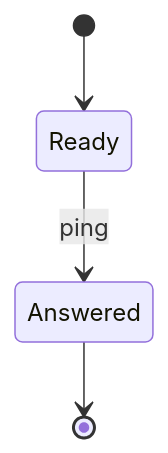
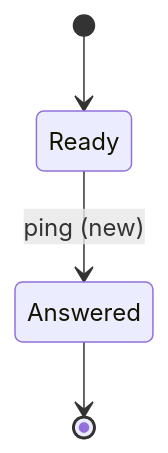
Before and after one commit to 90p-labs/harness: the second of 2 diagrams in internal/plan/domain/testdata/valid.md, drawn with Mermaid. The commit also changed other lines of this file and 12 other files, not shown here.

First line of the commit message:
feat: add harness diagram and the diagram mark rule

````diff
--- a/internal/plan/domain/testdata/valid.md
+++ b/internal/plan/domain/testdata/valid.md
@@ -77,6 +77,6 @@
 ```mermaid
 stateDiagram-v2
     [*] --> Ready
-    Ready --> Answered : ping
+    Ready --> Answered : ping (new)
     Answered --> [*]
 ```
````
